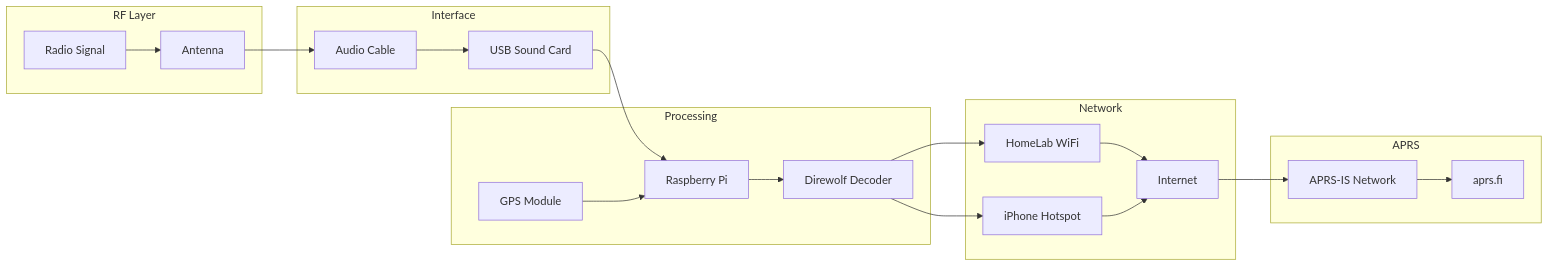
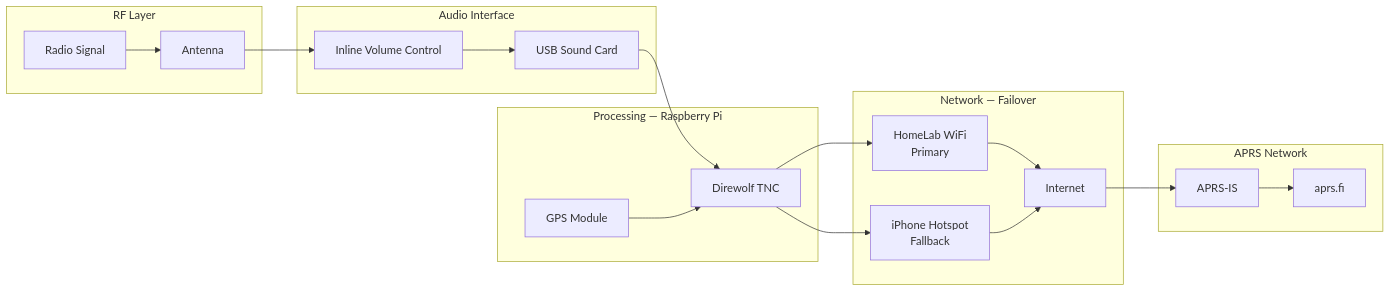
One commit to ced4568/ceds-aprs-igate changed the diagram in README.md. Above: the diagram before and after it, drawn with Mermaid. The commit also changed other lines of this file, not shown here.

Commit message:
docs: complete README rewrite with dual-node architecture and audio chain documentation

````diff
--- a/README.md
+++ b/README.md
@@ -66,42 +27,36 @@
 ```mermaid
 flowchart LR
 
-    subgraph RF Layer
+    subgraph RF["RF Layer"]
         HT[Radio Signal]
         ANT[Antenna]
     end
 
-    subgraph Interface
-        AUDIO[Audio Cable]
+    subgraph Interface["Audio Interface"]
+        VOL[Inline Volume Control]
         USB[USB Sound Card]
     end
 
-    subgraph Processing
-        PI[Raspberry Pi]
-        DW[Direwolf Decoder]
+    subgraph Processing["Processing — Raspberry Pi"]
+        DW[Direwolf TNC]
         GPS[GPS Module]
     end
 
-    subgraph Network
-        WIFI[HomeLab WiFi]
-        HOTSPOT[iPhone Hotspot]
+    subgraph Network["Network — Failover"]
+        WIFI[HomeLab WiFi<br/>Primary]
+        HOTSPOT[iPhone Hotspot<br/>Fallback]
         NET[Internet]
     end
 
-    subgraph APRS
-        IS[APRS-IS Network]
+    subgraph APRS["APRS Network"]
+        IS[APRS-IS]
         MAP[aprs.fi]
     end
 
-    HT --> ANT --> AUDIO --> USB --> PI
-    PI --> DW
-    GPS --> PI
-
-    DW --> WIFI
-    DW --> HOTSPOT
-
+    HT --> ANT --> VOL --> USB --> DW
+    GPS --> DW
+    DW --> WIFI & HOTSPOT
     WIFI --> NET
     HOTSPOT --> NET
-
     NET --> IS --> MAP
 ```
````
